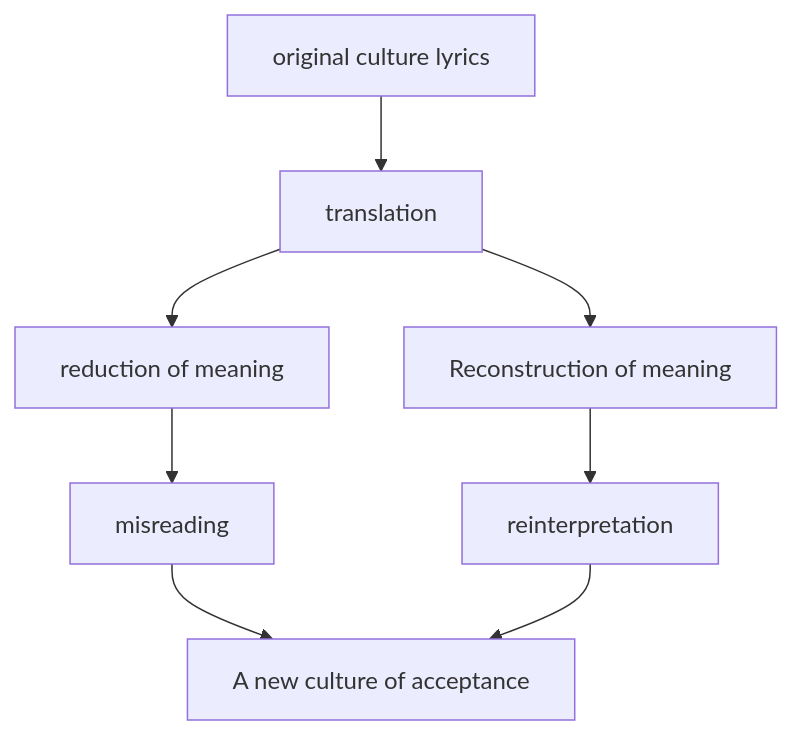
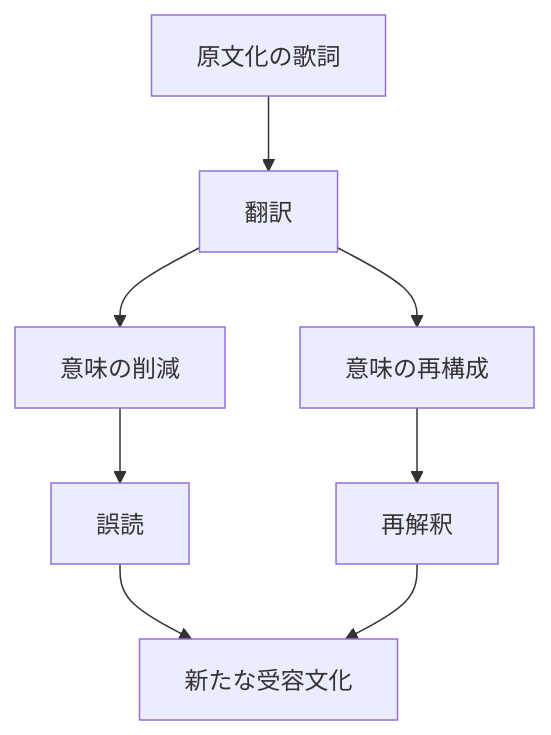
The second of 2 diagrams in en/_posts/2026-01-16-column-lyric-translation.md (monumental-movement/monumental-movement.github.io), drawn with Mermaid before and after one commit. The commit also changed other lines of this file and 775 other files, not shown here.

```diff
--- a/en/_posts/2026-01-16-column-lyric-translation.md
+++ b/en/_posts/2026-01-16-column-lyric-translation.md
@@ -201,10 +200,10 @@
 <div class="mermaid">
 graph TD
-    A[original culture lyrics] --> B[translation]
-    B --> C[reduction of meaning]
-    B --> D[Reconstruction of meaning]
-    C --> E[misreading]
-    D --> F[reinterpretation]
-    E --> G[A new culture of acceptance]
+    A[原文化の歌詞] --> B[翻訳]
+    B --> C[意味の削減]
+    B --> D[意味の再構成]
+    C --> E[誤読]
+    D --> F[再解釈]
+    E --> G[新たな受容文化]
     F --> G
 </div>
```
